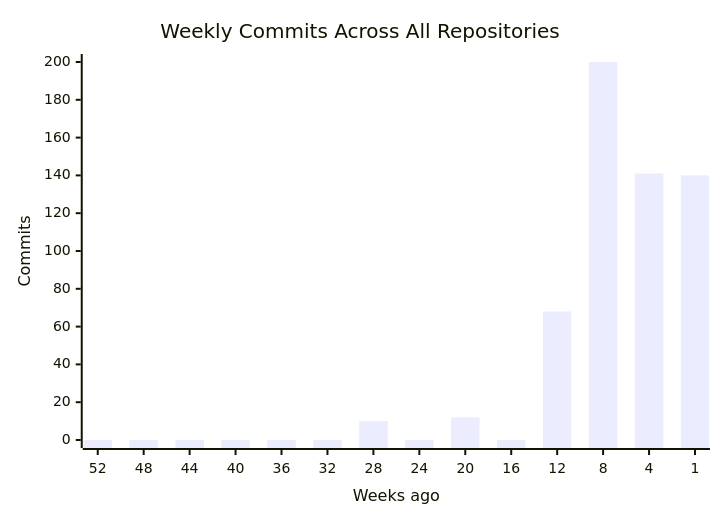
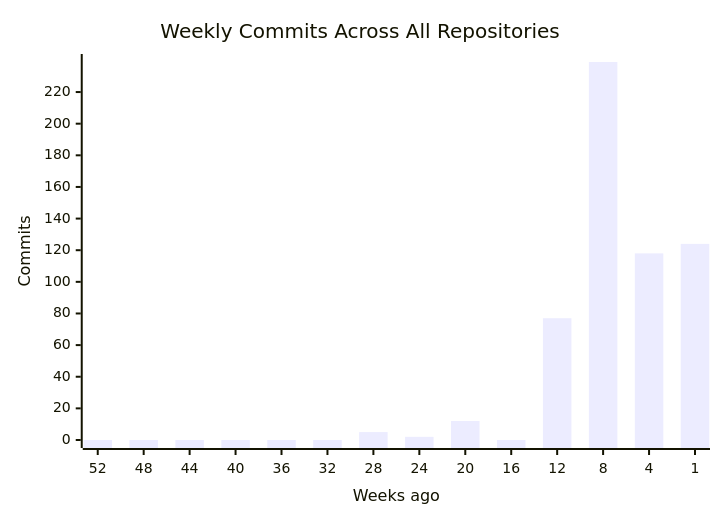
Before and after one commit to CSTH-Projects/.github: the first of 4 diagrams in profile/README.md, drawn with Mermaid. The commit also changed other lines of this file, not shown here.

````diff
--- a/profile/README.md
+++ b/profile/README.md
@@ -16,7 +16,7 @@
 ```mermaid
 xychart-beta
     title "Weekly Commits Across All Repositories"
     x-axis "Weeks ago" [52, 48, 44, 40, 36, 32, 28, 24, 20, 16, 12, 8, 4, 1]
     y-axis "Commits"
-    bar [0, 0, 0, 0, 0, 0, 10, 0, 12, 0, 68, 200, 141, 140]
+    bar [0, 0, 0, 0, 0, 0, 5, 2, 12, 0, 77, 239, 118, 124]
 ```
````
